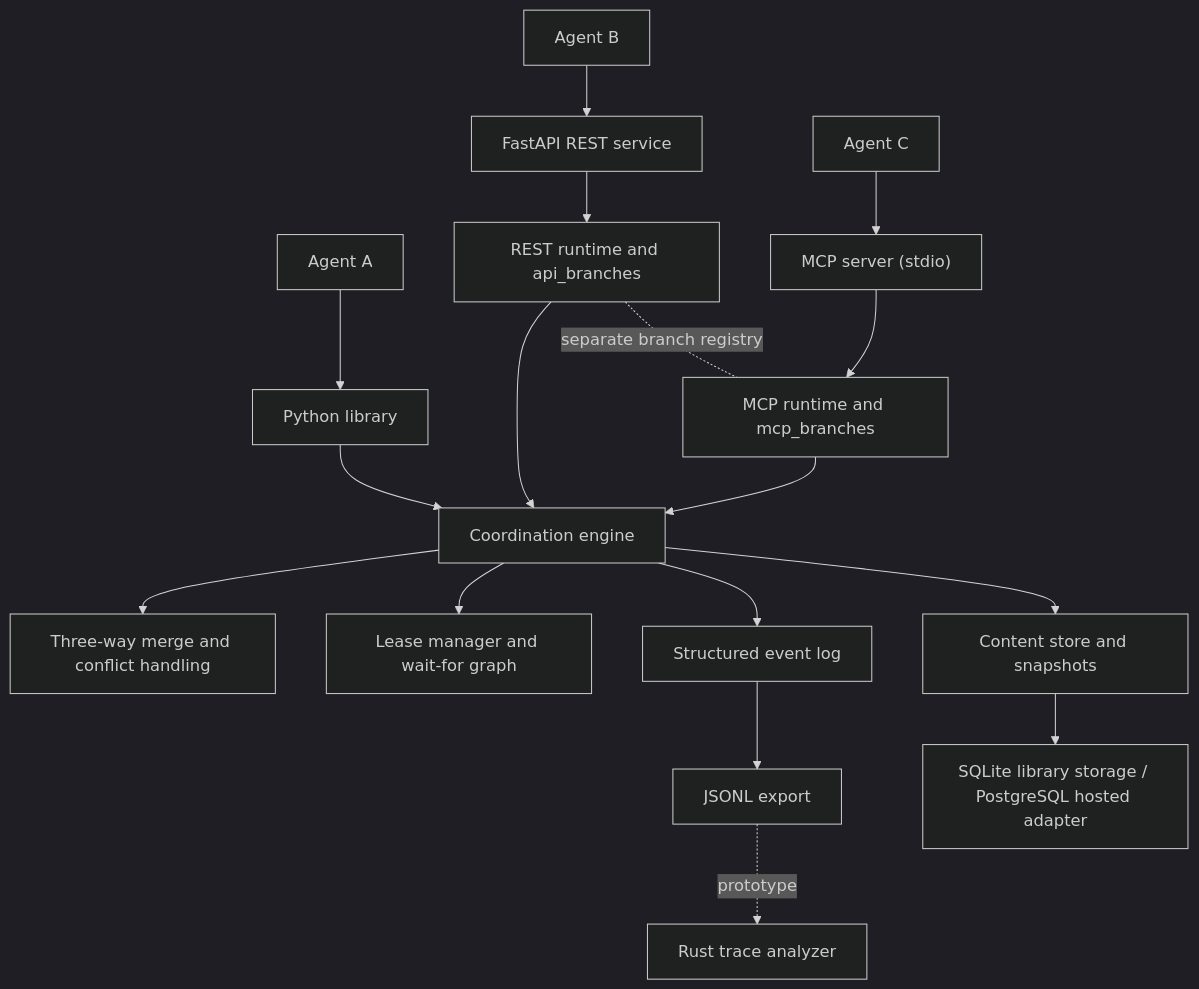
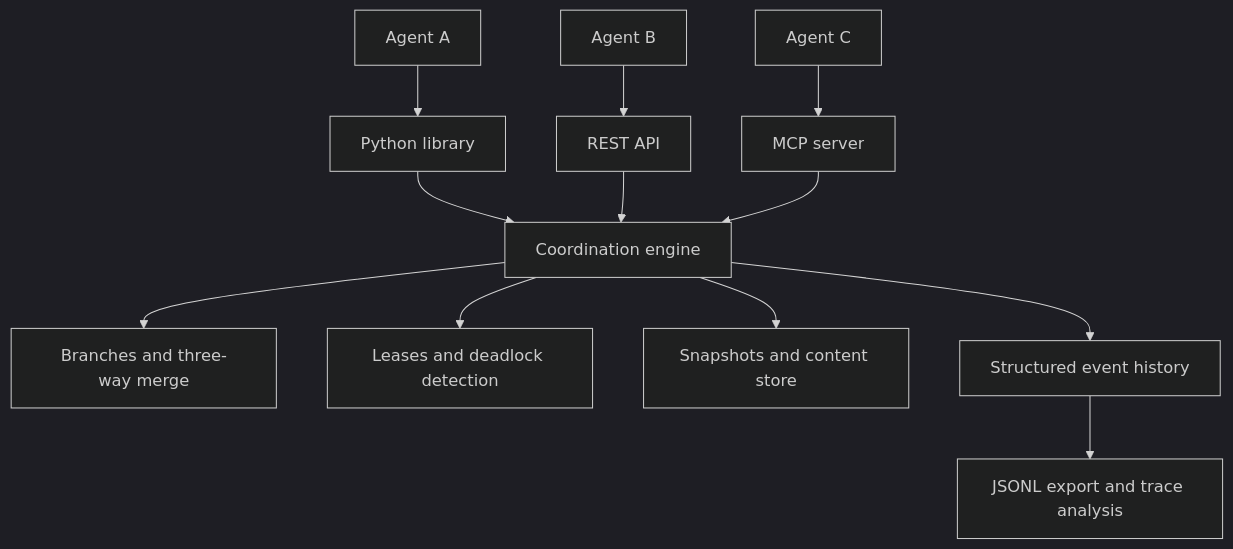
The diagram in README.md (chrismsmr-celcom/ActRun), drawn with Mermaid (dark theme) before and after one commit. The commit also changed other lines of this file, not shown here.

````diff
--- a/README.md
+++ b/README.md
@@ -276,19 +230,14 @@
 ```mermaid
 flowchart TD
-    A1["Agent A"] --> LIB["Python library"]
-    A2["Agent B"] --> API["FastAPI REST service"]
-    A3["Agent C"] --> MCP["MCP server (stdio)"]
-    LIB --> CORE["Coordination engine"]
-    API --> REST["REST runtime and api_branches"]
-    MCP --> MCPR["MCP runtime and mcp_branches"]
-    REST --> CORE
-    MCPR --> CORE
-    CORE --> MERGE["Three-way merge and conflict handling"]
-    CORE --> LEASE["Lease manager and wait-for graph"]
-    CORE --> LOG["Structured event log"]
-    CORE --> STORE["Content store and snapshots"]
-    STORE --> DB["SQLite library storage / PostgreSQL hosted adapter"]
-    LOG --> JSONL["JSONL export"]
-    JSONL -. "prototype" .-> RUST["Rust trace analyzer"]
-    REST -. "separate branch registry" .- MCPR
+    A["Agent A"] --> P["Python library"]
+    B["Agent B"] --> R["REST API"]
+    C["Agent C"] --> M["MCP server"]
+    P --> E["Coordination engine"]
+    R --> E
+    M --> E
+    E --> BR["Branches and three-way merge"]
+    E --> L["Leases and deadlock detection"]
+    E --> S["Snapshots and content store"]
+    E --> H["Structured event history"]
+    H --> J["JSONL export and trace analysis"]
 ```
````
